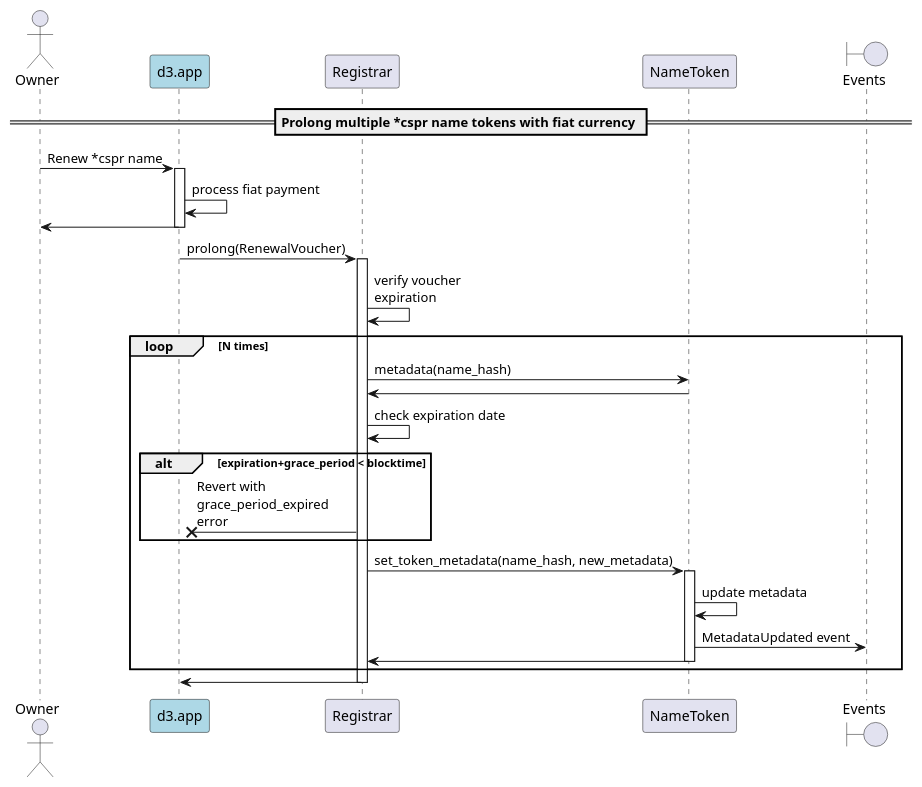
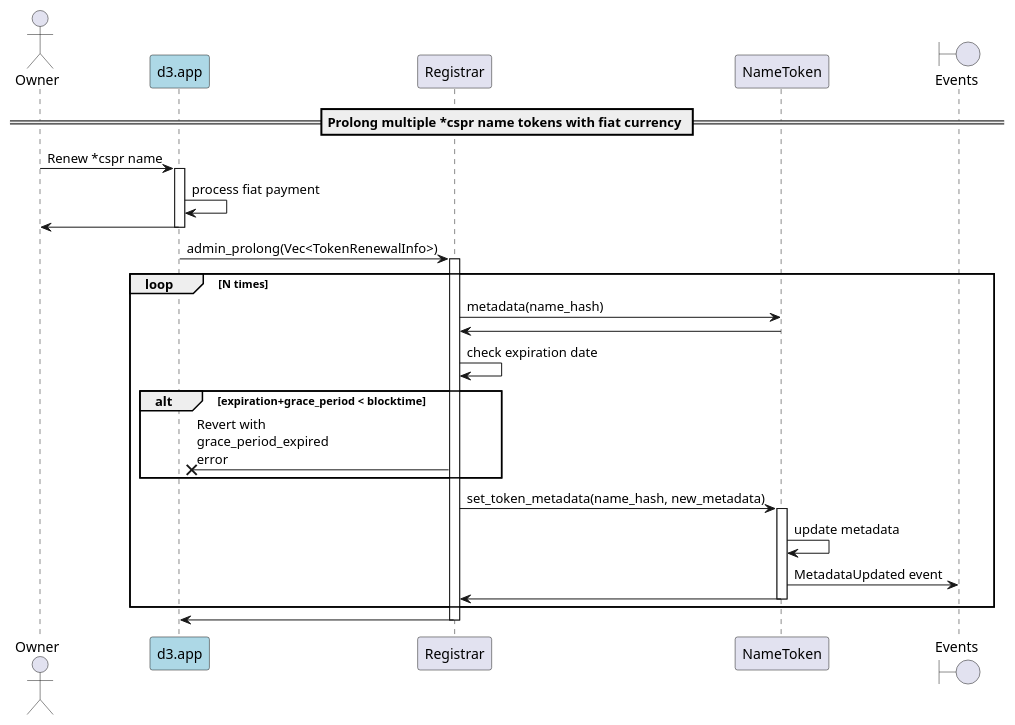
The diagram in docs/sequence-diagrams/puml/offchain-renewal.puml (make-software/cspr-name-contracts), drawn with PlantUML before and after one commit. The commit also changed 9 other files, not shown here.

First line of the commit message:
Update sequence diagrams

```diff
--- a/docs/sequence-diagrams/puml/offchain-renewal.puml
+++ b/docs/sequence-diagrams/puml/offchain-renewal.puml
@@ -1,40 +1,39 @@
 @startuml
 'https://plantuml.com/sequence-diagram
 
 'autonumber
 actor Owner
 participant "d3.app" as d3 #lightblue
 participant "Registrar"
 participant "NameToken"
 boundary "Events"
 
 == Prolong multiple *cspr name tokens with fiat currency ==
 
 Owner -> d3: Renew *cspr name
 activate d3
 d3 -> d3: process fiat payment
 d3 -> Owner
 deactivate d3
 
-d3 -> Registrar: prolong(RenewalVoucher)
+d3 -> Registrar: admin_prolong(Vec<TokenRenewalInfo>)
 activate Registrar
-Registrar -> Registrar: verify voucher\nexpiration
     loop N times
     Registrar -> NameToken: metadata(name_hash)
     NameToken -> Registrar
     Registrar -> Registrar: check expiration date
     alt expiration+grace_period < blocktime
         Registrar ->x d3: Revert with\ngrace_period_expired\nerror
     end
     Registrar -> NameToken: set_token_metadata(name_hash, new_metadata)
     activate NameToken
     NameToken -> NameToken: update metadata
     NameToken -> "Events": MetadataUpdated event
     NameToken -> Registrar
     deactivate NameToken
     end loop
 Registrar -> d3
 deactivate Registrar
 deactivate d3
 
 @enduml
```
